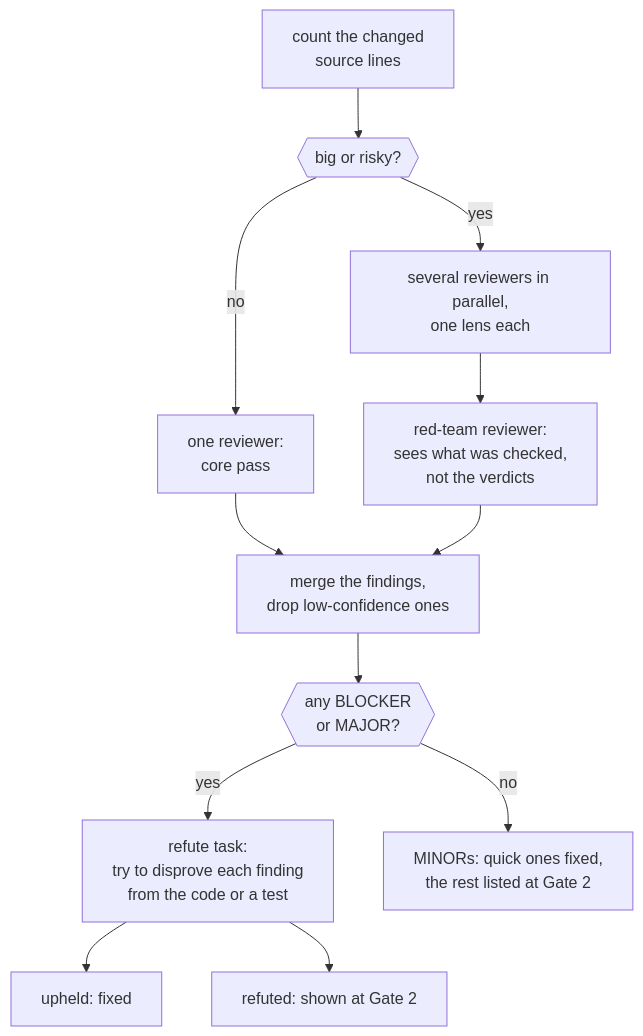
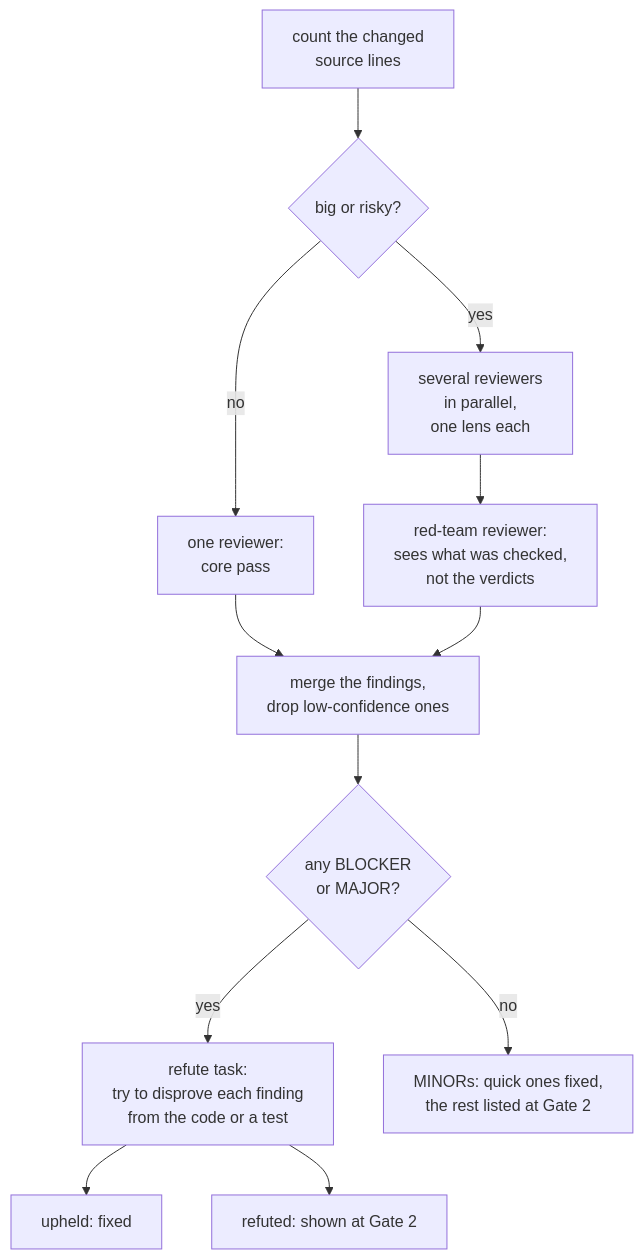
The sixth of 6 diagrams in docs/flows.md (suryas91/claude-skills), drawn with Mermaid before and after one commit. The commit also changed other lines of this file and 19 other files, not shown here.

First line of the commit message:
Docs review round 2: complete undo, accurate history, installer robustness, cleaner diagrams

````diff
--- a/docs/flows.md
+++ b/docs/flows.md
@@ -199,14 +209,14 @@
 ```mermaid
 flowchart TD
-    M[count the changed<br/>source lines] --> Q{{big or risky?}}
+    M[count the changed<br/>source lines] --> Q{big or risky?}
     Q -- no --> CORE[one reviewer:<br/>core pass]
-    Q -- yes --> L[several reviewers in parallel,<br/>one lens each]
+    Q -- yes --> L[several reviewers<br/>in parallel,<br/>one lens each]
     L --> RT[red-team reviewer:<br/>sees what was checked,<br/>not the verdicts]
     CORE --> MERGE[merge the findings,<br/>drop low-confidence ones]
     RT --> MERGE
-    MERGE --> B{{any BLOCKER<br/>or MAJOR?}}
+    MERGE --> B{any BLOCKER<br/>or MAJOR?}
     B -- yes --> REF[refute task:<br/>try to disprove each finding<br/>from the code or a test]
     REF --> UP[upheld: fixed]
     REF --> RF[refuted: shown at Gate 2]
     B -- no --> MIN[MINORs: quick ones fixed,<br/>the rest listed at Gate 2]
 ```
````
